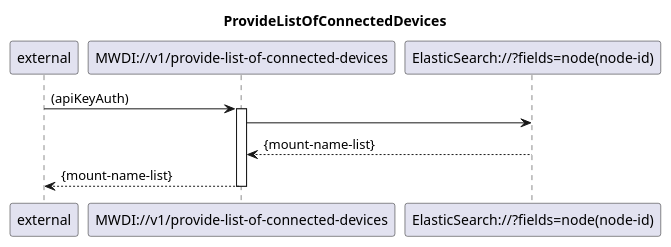
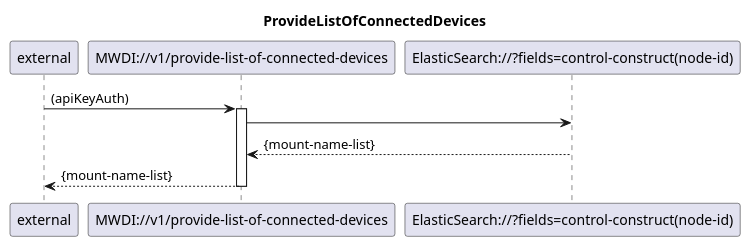
The diagram in spec/diagrams/100_ProvideListOfConnectedDevices.plantuml (openBackhaul/MicroWaveDeviceInventory), drawn with PlantUML before and after one commit. The commit also changed 3 other files, not shown here.

Commit message:
diagram update

```diff
--- a/spec/diagrams/100_ProvideListOfConnectedDevices.plantuml
+++ b/spec/diagrams/100_ProvideListOfConnectedDevices.plantuml
@@ -1,19 +1,19 @@
 @startuml 100_ProvideListOfConnectedDevices
 skinparam responseMessageBelowArrow true
 
 title  ProvideListOfConnectedDevices
 
 participant "external" as requestor
 participant "MWDI://v1/provide-list-of-connected-devices" as provideListOfConnectedDevices
-participant "ElasticSearch://?fields=node(node-id)" as ConnectedDeviceList
+participant "ElasticSearch://?fields=control-construct(node-id)" as ConnectedDeviceList
 
 requestor -> provideListOfConnectedDevices: (apiKeyAuth)
 activate provideListOfConnectedDevices
 
 provideListOfConnectedDevices -> ConnectedDeviceList
 ConnectedDeviceList --> provideListOfConnectedDevices: {mount-name-list}
 
 provideListOfConnectedDevices --> requestor: {mount-name-list}
 deactivate provideListOfConnectedDevices
 
 @enduml
```
